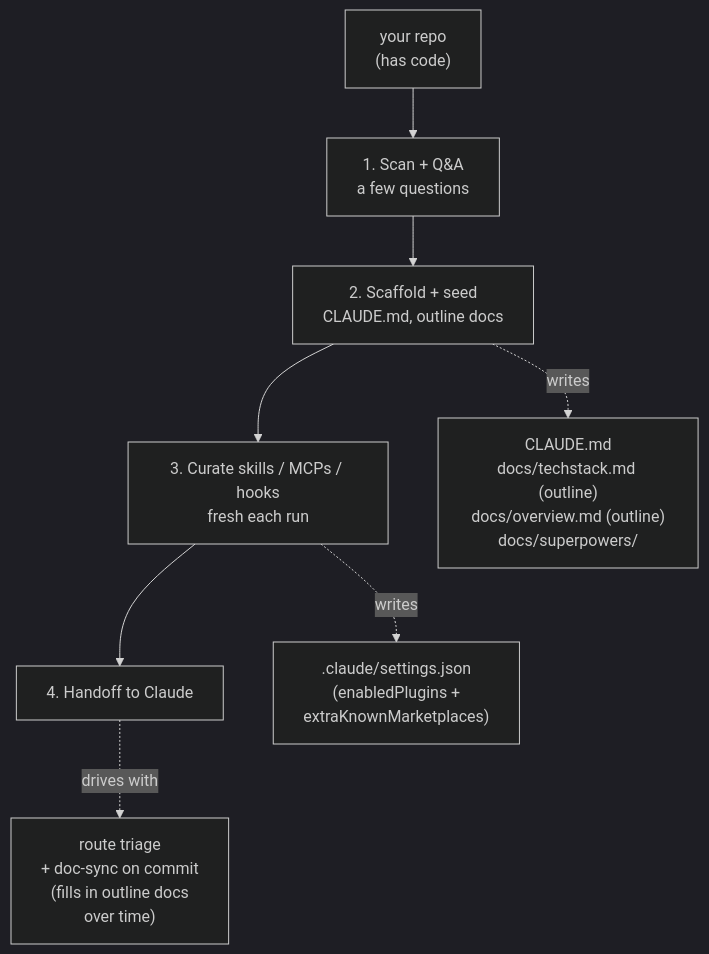
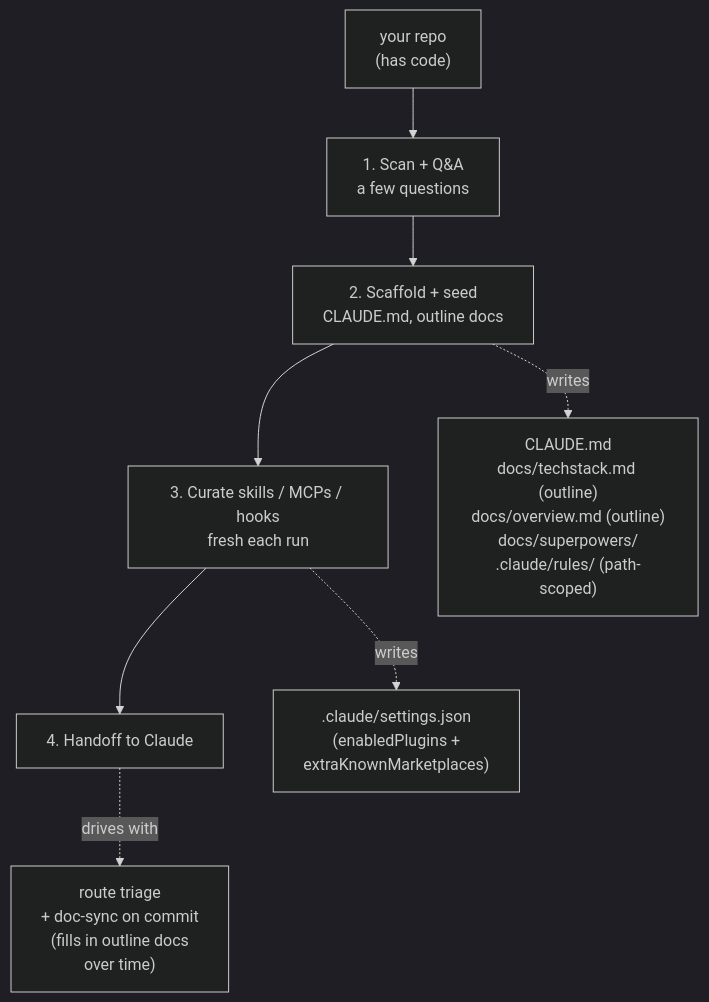
The diagram in README.md (RockyHong/super-bootstrap), drawn with Mermaid (dark theme) before and after one commit. The commit also changed other lines of this file, not shown here.

First line of the commit message:
docs(readme): sync source pool, rules layer, trust tiers

````diff
--- a/README.md
+++ b/README.md
@@ -31,12 +31,12 @@
 ```mermaid
 flowchart TD
     repo["your repo<br/>(has code)"]
     repo --> scan["1. Scan + Q&A<br/>a few questions"]
     scan --> scaffold["2. Scaffold + seed<br/>CLAUDE.md, outline docs"]
     scaffold --> curate["3. Curate skills / MCPs / hooks<br/>fresh each run"]
     curate --> handoff["4. Handoff to Claude"]
 
-    scaffold -.->|writes| files["CLAUDE.md<br/>docs/techstack.md (outline)<br/>docs/overview.md (outline)<br/>docs/superpowers/"]
+    scaffold -.->|writes| files["CLAUDE.md<br/>docs/techstack.md (outline)<br/>docs/overview.md (outline)<br/>docs/superpowers/<br/>.claude/rules/ (path-scoped)"]
     curate -.->|writes| pins[".claude/settings.json<br/>(enabledPlugins +<br/>extraKnownMarketplaces)"]
     handoff -.->|drives with| engine["route triage<br/>+ doc-sync on commit<br/>(fills in outline docs<br/>over time)"]
 ```
````
